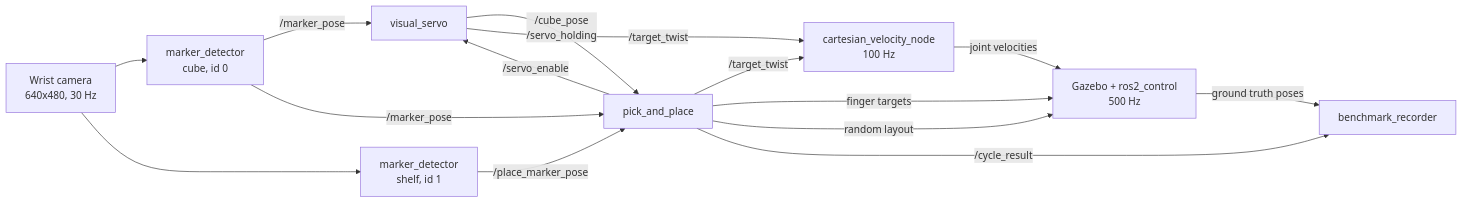
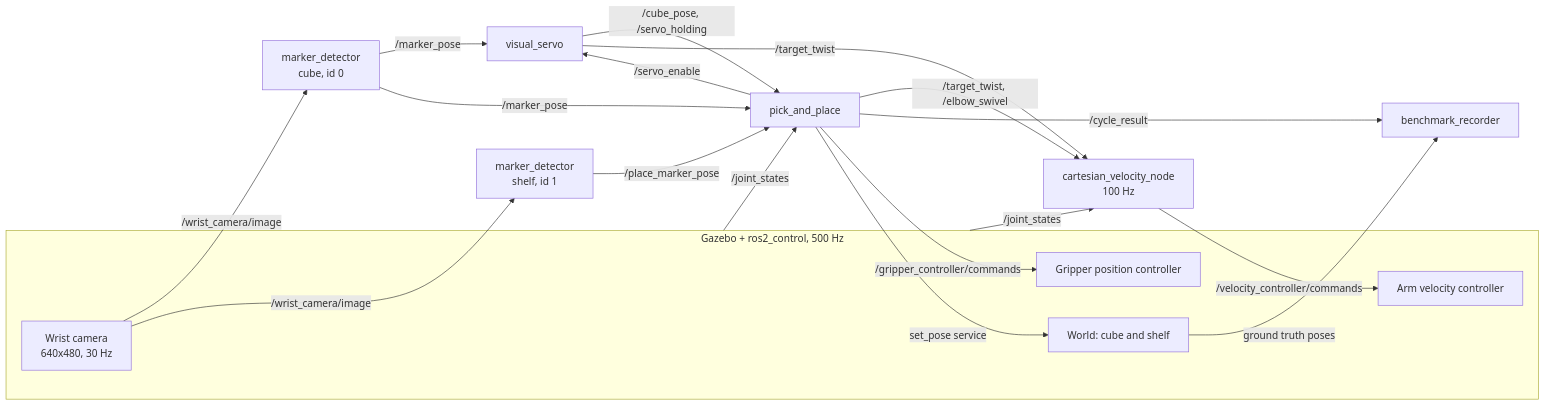
The diagram in README.md (moavazpour/panda-visual-servoing-ros2), drawn with Mermaid before and after one commit. The commit also changed other lines of this file, not shown here.

````diff
--- a/README.md
+++ b/README.md
@@ -83,17 +84,26 @@
 ```mermaid
 flowchart LR
-    CAM[Wrist camera<br/>640x480, 30 Hz] --> D0[marker_detector<br/>cube, id 0]
-    CAM --> D1[marker_detector<br/>shelf, id 1]
+    subgraph SIM[Gazebo + ros2_control, 500 Hz]
+        CAM[Wrist camera<br/>640x480, 30 Hz]
+        ARM[Arm velocity controller]
+        GRIP[Gripper position controller]
+        WORLD[World: cube and shelf]
+    end
+
+    CAM -- /wrist_camera/image --> D0[marker_detector<br/>cube, id 0]
+    CAM -- /wrist_camera/image --> D1[marker_detector<br/>shelf, id 1]
     D0 -- /marker_pose --> VS[visual_servo]
     D0 -- /marker_pose --> PP[pick_and_place]
     D1 -- /place_marker_pose --> PP
-    VS -- /cube_pose<br/>/servo_holding --> PP
+    VS -- /cube_pose, /servo_holding --> PP
     PP -- /servo_enable --> VS
     VS -- /target_twist --> CV[cartesian_velocity_node<br/>100 Hz]
-    PP -- /target_twist --> CV
-    CV -- joint velocities --> GZ[Gazebo + ros2_control<br/>500 Hz]
-    PP -- finger targets --> GZ
-    PP -- random layout --> GZ
-    GZ -- ground truth poses --> BR[benchmark_recorder]
+    PP -- /target_twist, /elbow_swivel --> CV
+    CV -- /velocity_controller/commands --> ARM
+    PP -- /gripper_controller/commands --> GRIP
+    PP -- set_pose service --> WORLD
+    SIM -- /joint_states --> CV
+    SIM -- /joint_states --> PP
+    WORLD -- ground truth poses --> BR[benchmark_recorder]
     PP -- /cycle_result --> BR
 ```
````
